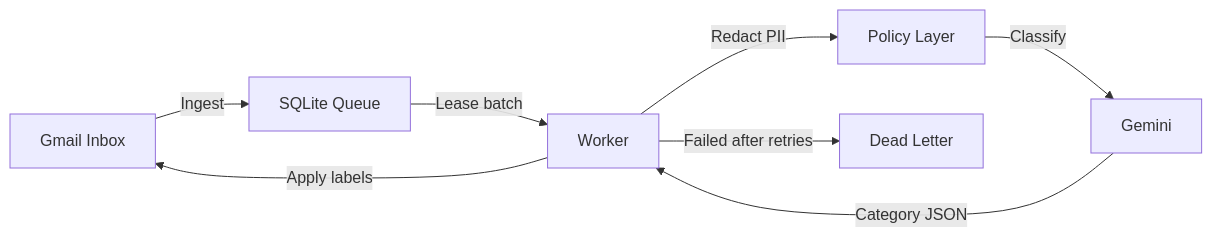
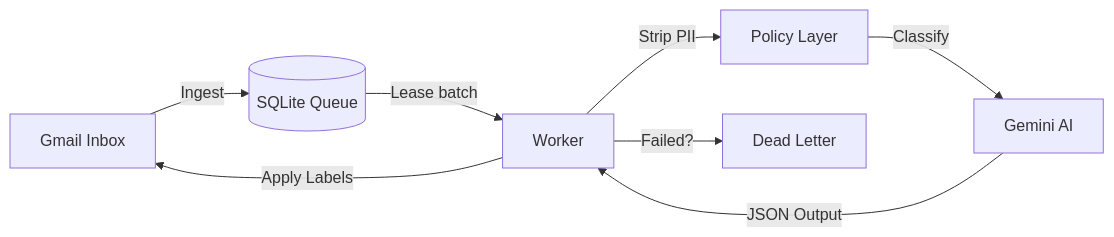
One commit to Shivang-Karol/gmail-triage-agent changed the diagram in README.md. Above: the diagram before and after it, drawn with Mermaid. The commit also changed other lines of this file, not shown here.

````diff
--- a/README.md
+++ b/README.md
@@ -28,10 +29,10 @@
 ```mermaid
 graph LR
-    A[Gmail Inbox] -->|Ingest| B[SQLite Queue]
+    A[Gmail Inbox] -->|Ingest| B[(SQLite Queue)]
     B -->|Lease batch| C[Worker]
-    C -->|Redact PII| D[Policy Layer]
-    D -->|Classify| E[Gemini]
-    E -->|Category JSON| C
-    C -->|Apply labels| A
-    C -->|Failed after retries| F[Dead Letter]
+    C -->|Strip PII| D[Policy Layer]
+    D -->|Classify| E[Gemini AI]
+    E -->|JSON Output| C
+    C -->|Apply Labels| A
+    C -->|Failed?| F[Dead Letter]
 ```
````
